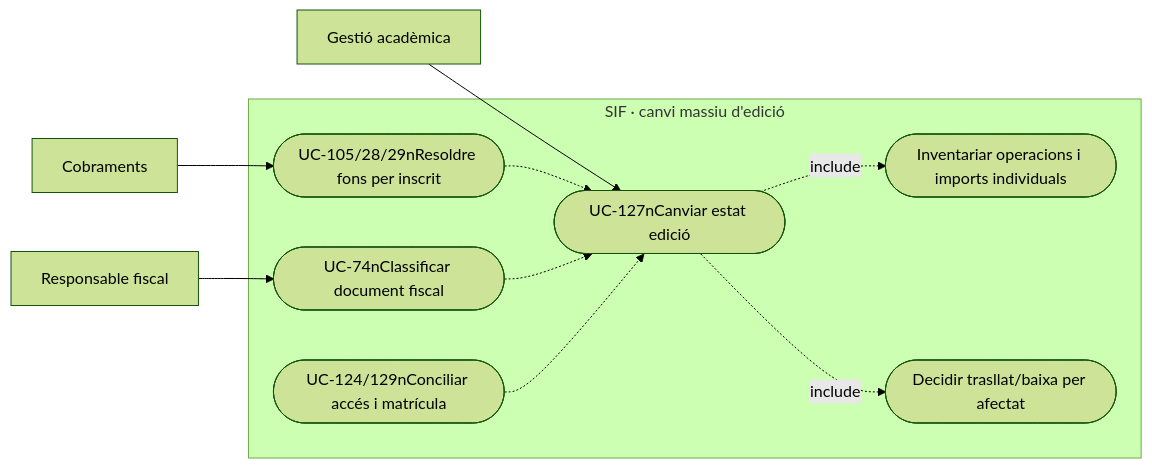
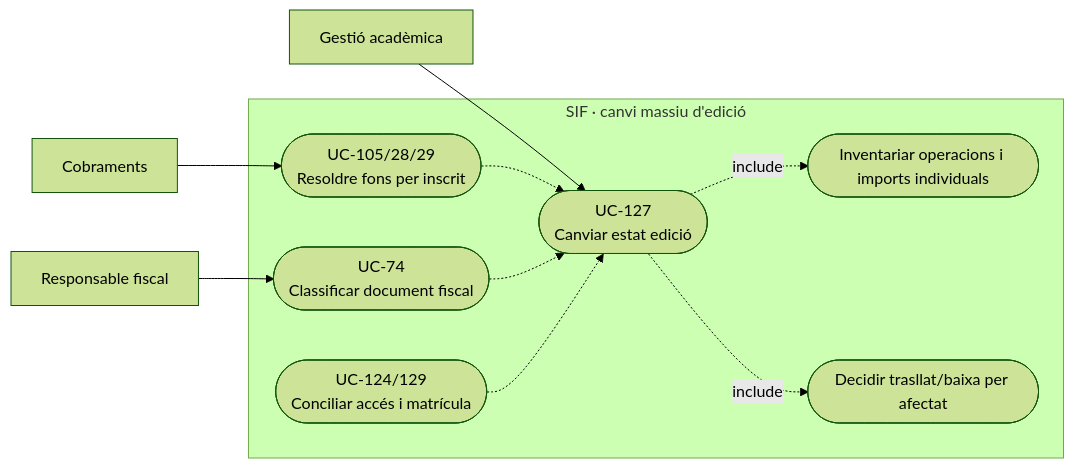
One commit to orgmeriemprismacat-del/verifactu changed the second of 19 diagrams in documentacio/07-uml-integrat/uc-127-canvi-estat-edicio-operacions-afectades.md. Above: the diagram before and after it, drawn with Mermaid (forest theme).

Commit message:
docs(uml): corregir salts Mermaid UC-127

````diff
--- a/documentacio/07-uml-integrat/uc-127-canvi-estat-edicio-operacions-afectades.md
+++ b/documentacio/07-uml-integrat/uc-127-canvi-estat-edicio-operacions-afectades.md
@@ -95,22 +95,22 @@
 ```mermaid
 flowchart LR
   a_0["Gestió acadèmica"]
   a_1["Cobraments"]
   a_2["Responsable fiscal"]
   subgraph SIF_BOUNDARY["SIF · canvi massiu d'edició"]
-    u_0(["UC-127nCanviar estat edició"])
+    u_0(["UC-127<br/>Canviar estat edició"])
     u_1(["Inventariar operacions i imports individuals"])
     u_2(["Decidir trasllat/baixa per afectat"])
-    u_3(["UC-105/28/29nResoldre fons per inscrit"])
-    u_4(["UC-74nClassificar document fiscal"])
-    u_5(["UC-124/129nConciliar accés i matrícula"])
+    u_3(["UC-105/28/29<br/>Resoldre fons per inscrit"])
+    u_4(["UC-74<br/>Classificar document fiscal"])
+    u_5(["UC-124/129<br/>Conciliar accés i matrícula"])
   end
   a_0 --> u_0
   a_1 --> u_3
   a_2 --> u_4
   u_0 -.->|include| u_1
   u_0 -.->|include| u_2
   u_3 -.-> u_0
   u_4 -.-> u_0
   u_5 -.-> u_0
 ```
````
